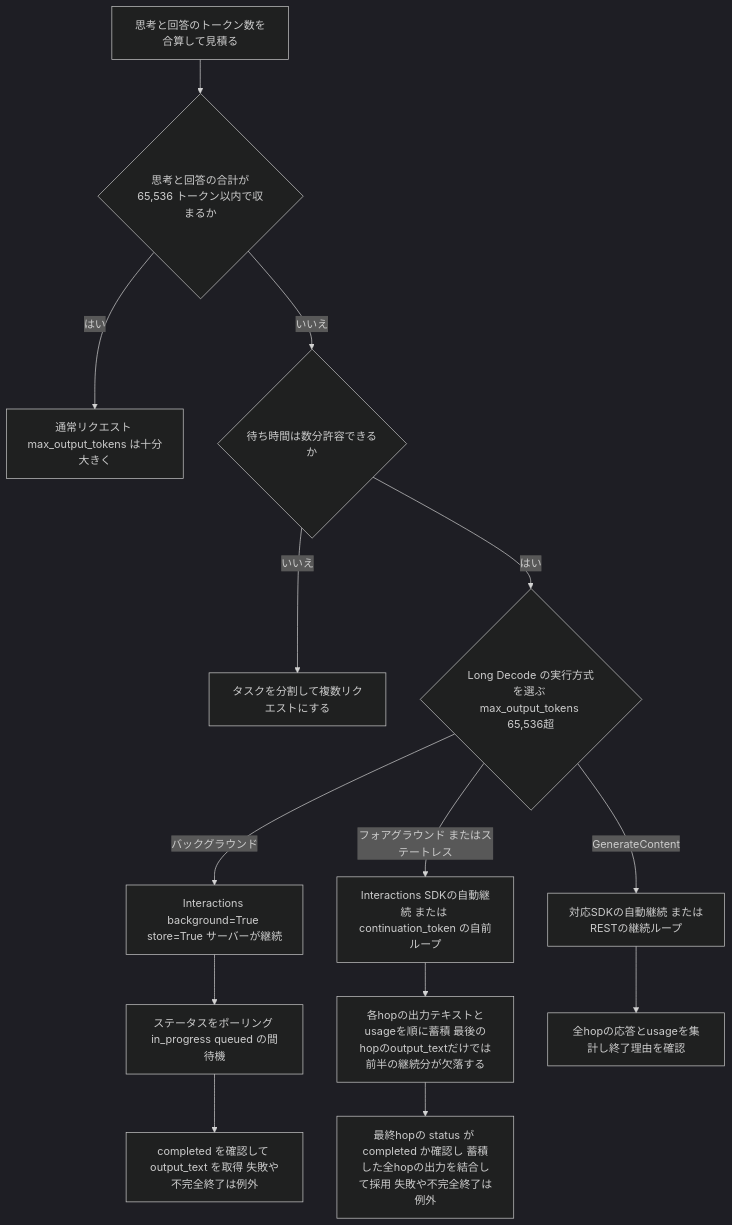
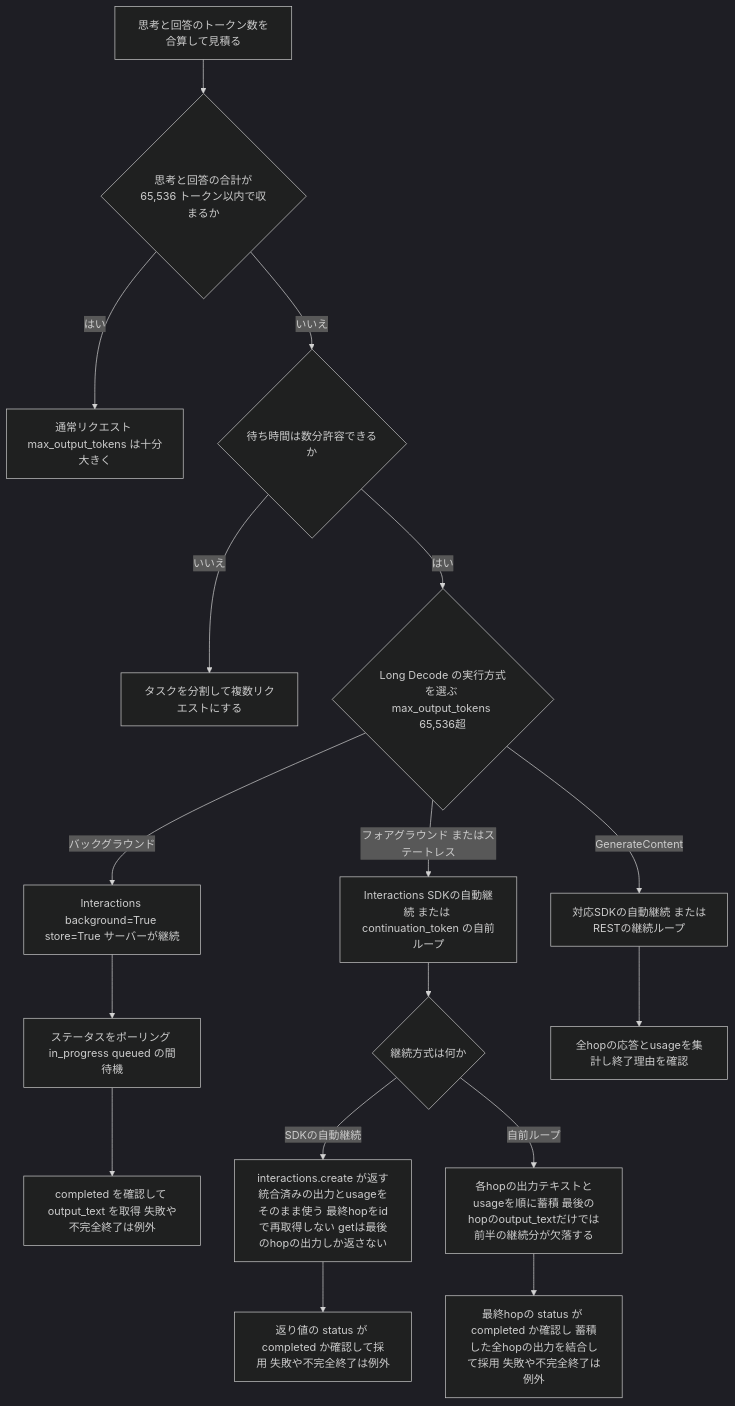
One commit to myoshi2891/Comparison-of-LLMs changed the fifth of 10 diagrams in Gemini-4-hydrogen-guide.md. Above: the diagram before and after it, drawn with Mermaid (dark theme). The commit also changed other lines of this file and 3 other files, not shown here.

First line of the commit message:
docs(google): handle requires_action and stateless stream recovery, fix honesty figure and robotics turn safety

````diff
--- a/Gemini-4-hydrogen-guide.md
+++ b/Gemini-4-hydrogen-guide.md
@@ -308,16 +308,19 @@
 ```mermaid
 flowchart TD
     A["思考と回答のトークン数を合算して見積る"] --> B{"思考と回答の合計が65,536 トークン以内で収まるか"}
     B -- "はい" --> C["通常リクエスト max_output_tokens は十分大きく"]
     B -- "いいえ" --> D{"待ち時間は数分許容できるか"}
     D -- "いいえ" --> E["タスクを分割して複数リクエストにする"]
     D -- "はい" --> MODE{"Long Decode の実行方式を選ぶ max_output_tokens 65,536超"}
     MODE -- "バックグラウンド" --> F["Interactions background=True store=True サーバーが継続"]
     MODE -- "フォアグラウンド またはステートレス" --> FG["Interactions SDKの自動継続 または continuation_token の自前ループ"]
     MODE -- "GenerateContent" --> GC["対応SDKの自動継続 またはRESTの継続ループ"]
     F --> G["ステータスをポーリング in_progress queued の間待機"]
     G --> H["completed を確認して output_text を取得 失敗や不完全終了は例外"]
-    FG --> ACC["各hopの出力テキストとusageを順に蓄積 最後のhopのoutput_textだけでは前半の継続分が欠落する"]
+    FG --> FGM{"継続方式は何か"}
+    FGM -- "SDKの自動継続" --> AUTO["interactions.create が返す統合済みの出力とusageをそのまま使う 最終hopをidで再取得しない getは最後のhopの出力しか返さない"]
+    AUTO --> AUTOD["返り値の status が completed か確認して採用 失敗や不完全終了は例外"]
+    FGM -- "自前ループ" --> ACC["各hopの出力テキストとusageを順に蓄積 最後のhopのoutput_textだけでは前半の継続分が欠落する"]
     ACC --> FGD["最終hopの status が completed か確認し 蓄積した全hopの出力を結合して採用 失敗や不完全終了は例外"]
     GC --> RESULT["全hopの応答とusageを集計し終了理由を確認"]
 ```
````
